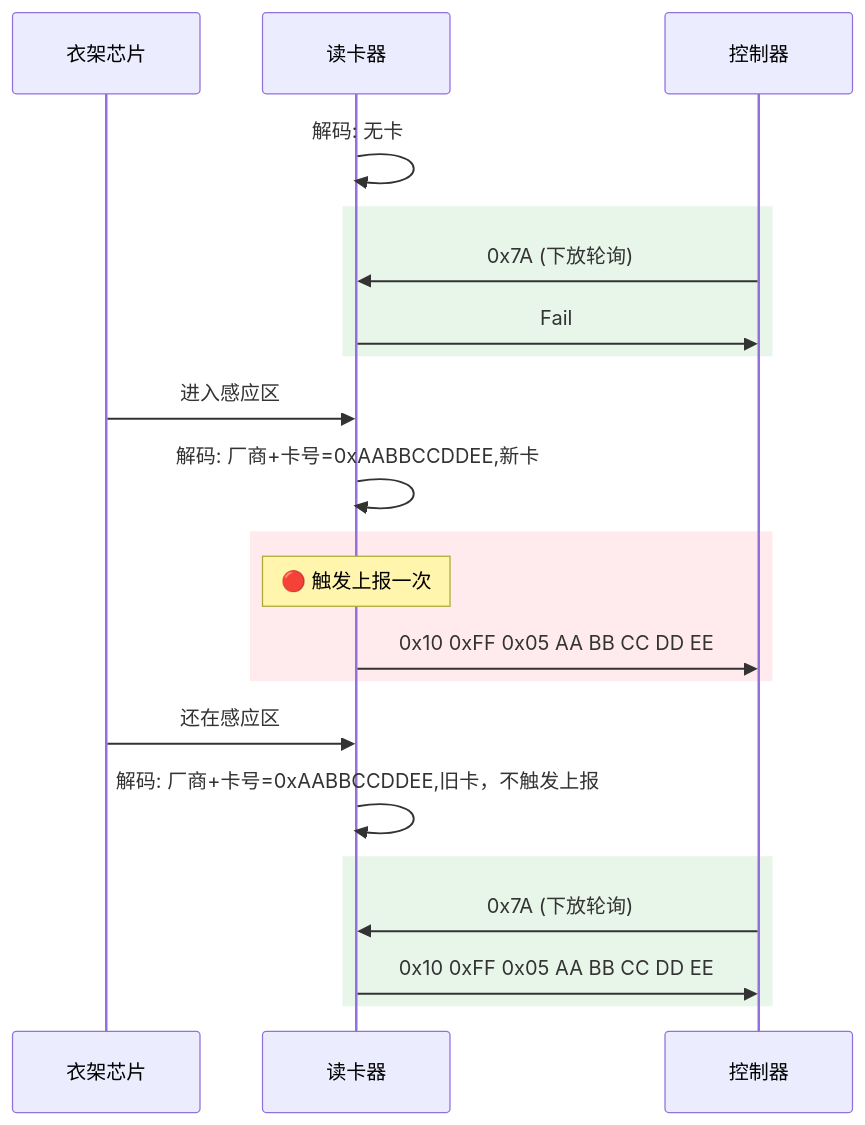
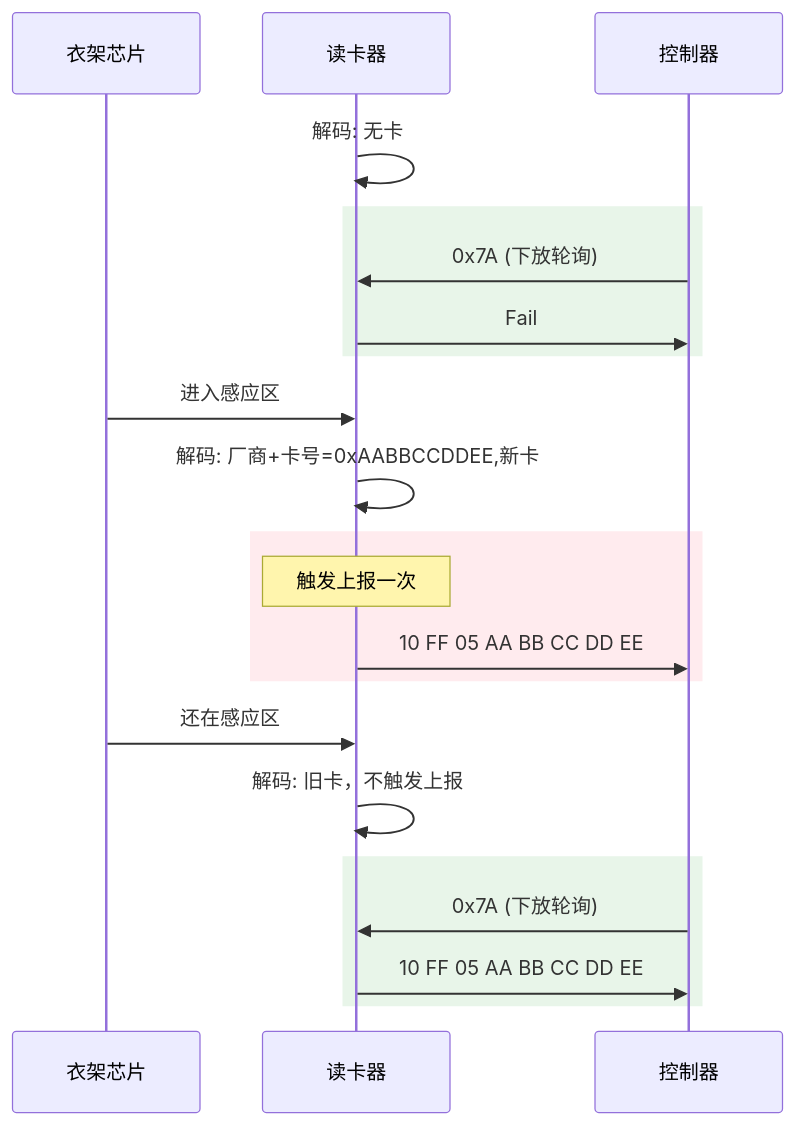
Before and after one commit to Siaiai/ObsidianNote: the third of 9 diagrams in 工作/[[SR3读卡器]]/260804SR3框架整理.md, drawn with Mermaid. The commit also changed other lines of this file, not shown here.

````diff
--- a/工作/[[SR3读卡器]]/260804SR3框架整理.md
+++ b/工作/[[SR3读卡器]]/260804SR3框架整理.md
@@ -191,29 +212,29 @@
 ```mermaid
 sequenceDiagram
     participant 衣架芯片
     participant 读卡器
     participant 控制器
-    
-	读卡器->>读卡器: 解码: 无卡
-	
+
+    读卡器->>读卡器: 解码: 无卡
+
     rect rgb(232, 245, 233)
         控制器->>读卡器: 0x7A (下放轮询)
         读卡器->>控制器: Fail
     end
-    
+
     衣架芯片->>读卡器: 进入感应区
     读卡器->>读卡器: 解码: 厂商+卡号=0xAABBCCDDEE,新卡
 
     rect rgb(255, 235, 238)
-        Note over 读卡器: 🔴 触发上报一次
-        读卡器->>控制器: 0x10 0xFF 0x05 AA BB CC DD EE
+        Note over 读卡器: 触发上报一次
+        读卡器->>控制器: 10 FF 05 AA BB CC DD EE
     end
 
     衣架芯片->>读卡器: 还在感应区
-    读卡器->>读卡器: 解码: 厂商+卡号=0xAABBCCDDEE,旧卡，不触发上报
-    
+    读卡器->>读卡器: 解码: 旧卡，不触发上报
+
     rect rgb(232, 245, 233)
         控制器->>读卡器: 0x7A (下放轮询)
-        读卡器->>控制器: 0x10 0xFF 0x05 AA BB CC DD EE
+        读卡器->>控制器: 10 FF 05 AA BB CC DD EE
     end
 ```
````
